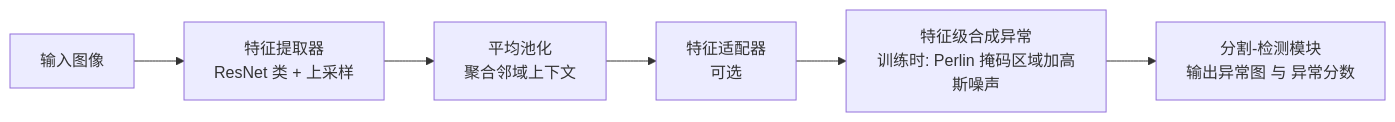
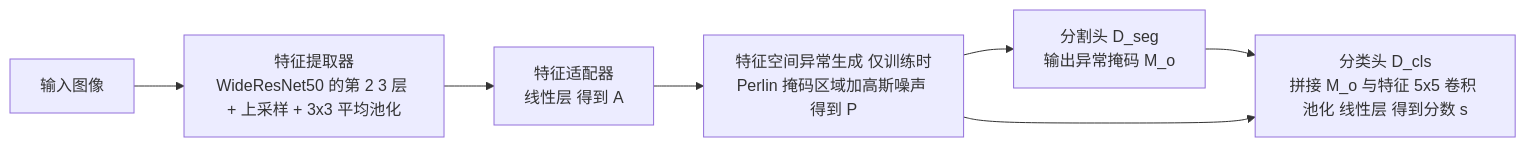
The diagram in docs/0747_paper_SuperSimpleNet.md (junxnone/aiwiki), drawn with Mermaid before and after one commit. The commit also changed other lines of this file and 1 other file, not shown here.

Commit message:
更新了 paper SuperSimpleNet

````diff
--- a/docs/0747_paper_SuperSimpleNet.md
+++ b/docs/0747_paper_SuperSimpleNet.md
@@ -21,8 +22,9 @@
 ```mermaid
 graph LR
-    X["输入图像"] --> F["特征提取器<br/>ResNet 类 + 上采样"]
-    F --> P["平均池化<br/>聚合邻域上下文"]
-    P --> A["特征适配器<br/>可选"]
-    A --> G["特征级合成异常<br/>训练时: Perlin 掩码区域加高斯噪声"]
-    G --> SD["分割-检测模块<br/>输出异常图 与 异常分数"]
+    X["输入图像"] --> F["特征提取器<br/>WideResNet50 的第 2 3 层 + 上采样 + 3x3 平均池化"]
+    F --> A["特征适配器<br/>线性层 得到 A"]
+    A --> G["特征空间异常生成 仅训练时<br/>Perlin 掩码区域加高斯噪声 得到 P"]
+    G --> S["分割头 D_seg<br/>输出异常掩码 M_o"]
+    S --> C["分类头 D_cls<br/>拼接 M_o 与特征 5x5 卷积 池化 线性层 得到分数 s"]
+    G --> C
 ```
````
